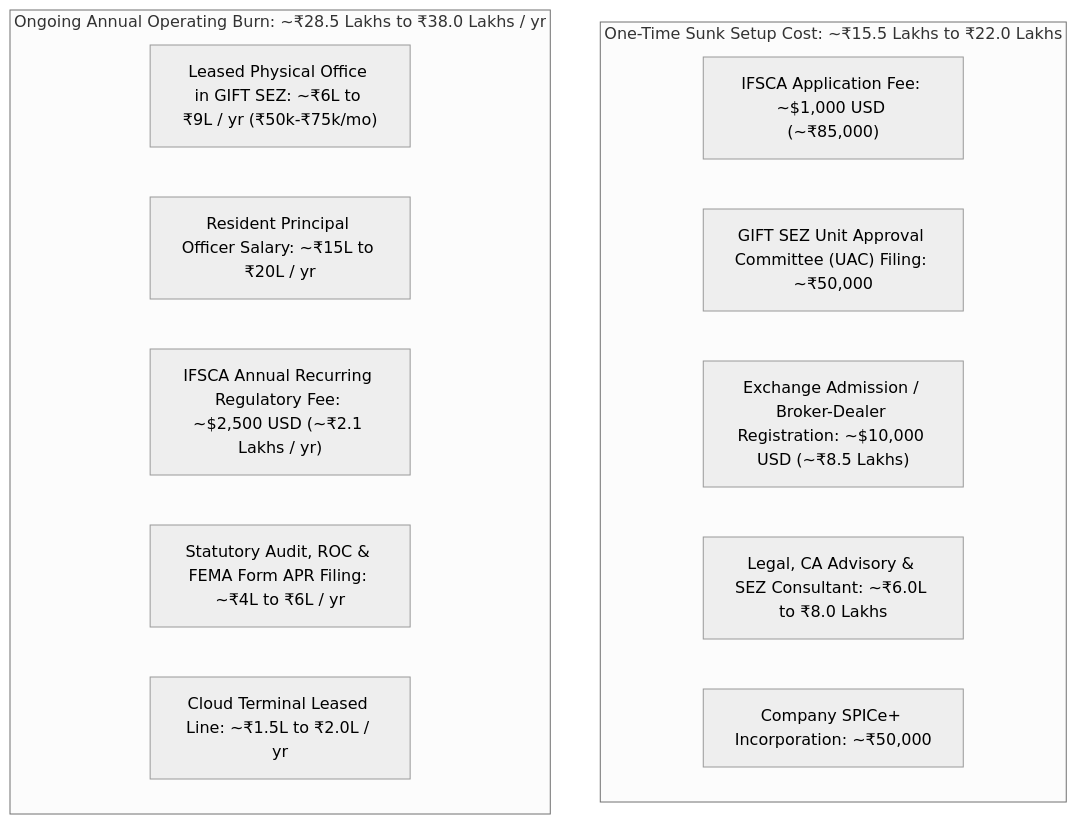
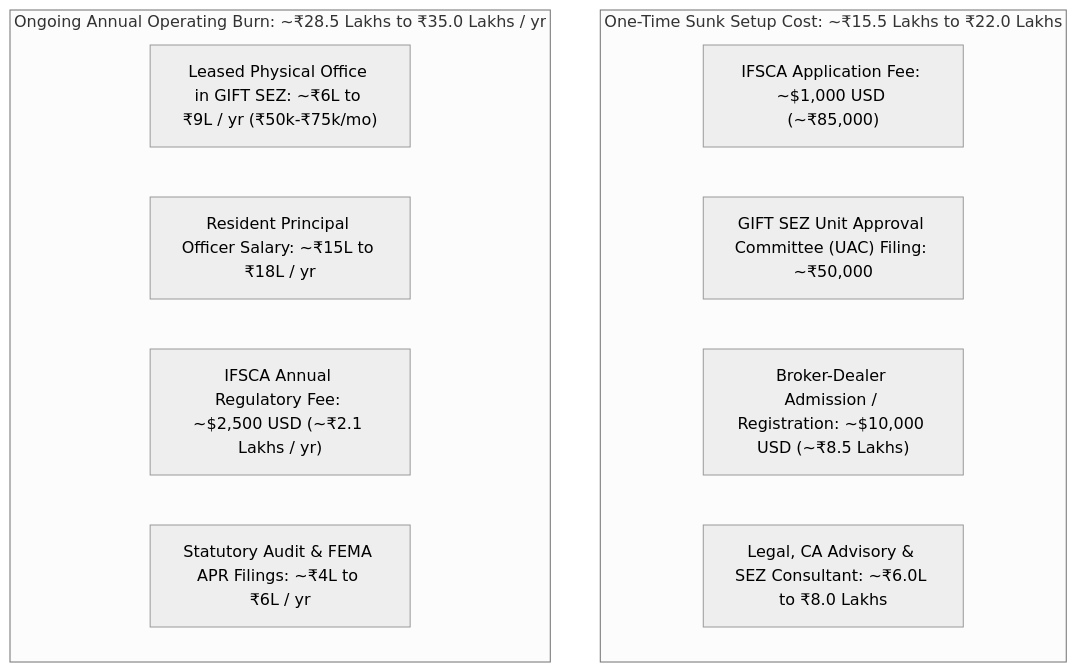
Before and after one commit to yieldchaser/mcx-margins: the fifth of 5 diagrams in models/execution_and_tax_validation_plan.md, drawn with Mermaid (neutral theme). The commit also changed other lines of this file, not shown here.

````diff
--- a/models/execution_and_tax_validation_plan.md
+++ b/models/execution_and_tax_validation_plan.md
@@ -616,18 +367,16 @@
 ```mermaid
 flowchart TD
-    subgraph Setup["One-Time Sunk Setup Cost: ~₹15.5 Lakhs to ₹22.0 Lakhs"]
+    subgraph SetupCost["One-Time Sunk Setup Cost: ~₹15.5 Lakhs to ₹22.0 Lakhs"]
         S1["IFSCA Application Fee: ~$1,000 USD (~₹85,000)"]
         S2["GIFT SEZ Unit Approval Committee (UAC) Filing: ~₹50,000"]
-        S3["Exchange Admission / Broker-Dealer Registration: ~$10,000 USD (~₹8.5 Lakhs)"]
+        S3["Broker-Dealer Admission / Registration: ~$10,000 USD (~₹8.5 Lakhs)"]
         S4["Legal, CA Advisory & SEZ Consultant: ~₹6.0L to ₹8.0 Lakhs"]
-        S5["Company SPICe+ Incorporation: ~₹50,000"]
     end
 
-    subgraph Running["Ongoing Annual Operating Burn: ~₹28.5 Lakhs to ₹38.0 Lakhs / yr"]
+    subgraph RunningCost["Ongoing Annual Operating Burn: ~₹28.5 Lakhs to ₹35.0 Lakhs / yr"]
         R1["Leased Physical Office in GIFT SEZ: ~₹6L to ₹9L / yr (₹50k-₹75k/mo)"]
-        R2["Resident Principal Officer Salary: ~₹15L to ₹20L / yr"]
-        R3["IFSCA Annual Recurring Regulatory Fee: ~$2,500 USD (~₹2.1 Lakhs / yr)"]
-        R4["Statutory Audit, ROC & FEMA Form APR Filing: ~₹4L to ₹6L / yr"]
-        R5["Cloud Terminal Leased Line: ~₹1.5L to ₹2.0L / yr"]
+        R2["Resident Principal Officer Salary: ~₹15L to ₹18L / yr"]
+        R3["IFSCA Annual Regulatory Fee: ~$2,500 USD (~₹2.1 Lakhs / yr)"]
+        R4["Statutory Audit & FEMA APR Filings: ~₹4L to ₹6L / yr"]
     end
 ```
````
